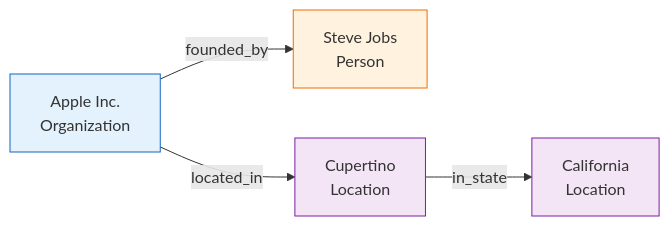
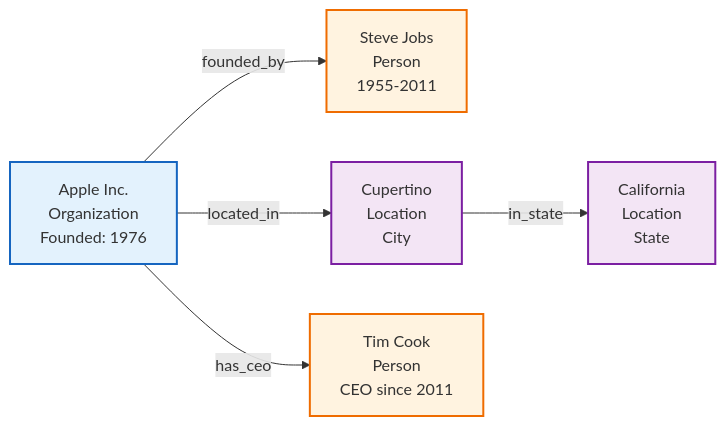
Before and after one commit to Sameer6305/semantica: the first of 6 diagrams in docs/concepts.md, drawn with Mermaid. The commit also changed other lines of this file and 15 other files, not shown here.

````diff
--- a/docs/concepts.md
+++ b/docs/concepts.md
@@ -29,11 +45,13 @@
 ```mermaid
 graph LR
-    A[Apple Inc.<br/>Organization] -->|founded_by| B[Steve Jobs<br/>Person]
-    A -->|located_in| C[Cupertino<br/>Location]
-    C -->|in_state| D[California<br/>Location]
+    A[Apple Inc.<br/>Organization<br/>Founded: 1976] -->|founded_by| B[Steve Jobs<br/>Person<br/>1955-2011]
+    A -->|located_in| C[Cupertino<br/>Location<br/>City]
+    C -->|in_state| D[California<br/>Location<br/>State]
+    A -->|has_ceo| E[Tim Cook<br/>Person<br/>CEO since 2011]
     
-    style A fill:#e3f2fd,stroke:#1565c0
-    style B fill:#fff3e0,stroke:#ef6c00
-    style C fill:#f3e5f5,stroke:#7b1fa2
-    style D fill:#f3e5f5,stroke:#7b1fa2
+    style A fill:#e3f2fd,stroke:#1565c0,stroke-width:2px
+    style B fill:#fff3e0,stroke:#ef6c00,stroke-width:2px
+    style C fill:#f3e5f5,stroke:#7b1fa2,stroke-width:2px
+    style D fill:#f3e5f5,stroke:#7b1fa2,stroke-width:2px
+    style E fill:#fff3e0,stroke:#ef6c00,stroke-width:2px
 ```
````
